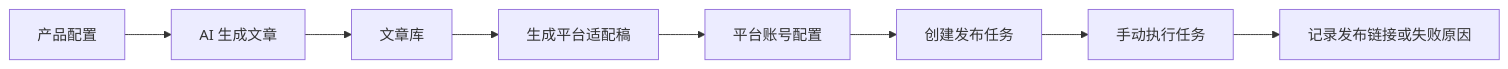
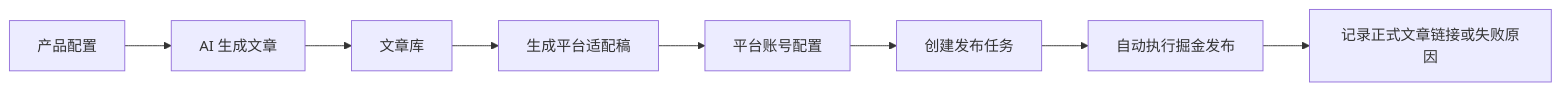
The diagram in README.md (cu-min/contentpilot-ai), drawn with Mermaid before and after one commit. The commit also changed other lines of this file and 5 other files, not shown here.

````diff
--- a/README.md
+++ b/README.md
@@ -160,10 +160,10 @@
 ```mermaid
 flowchart LR
     A[产品配置] --> B[AI 生成文章]
     B --> C[文章库]
     C --> D[生成平台适配稿]
     D --> E[平台账号配置]
     E --> F[创建发布任务]
-    F --> G[手动执行任务]
-    G --> H[记录发布链接或失败原因]
+    F --> G[自动执行掘金发布]
+    G --> H[记录正式文章链接或失败原因]
 ```
````
